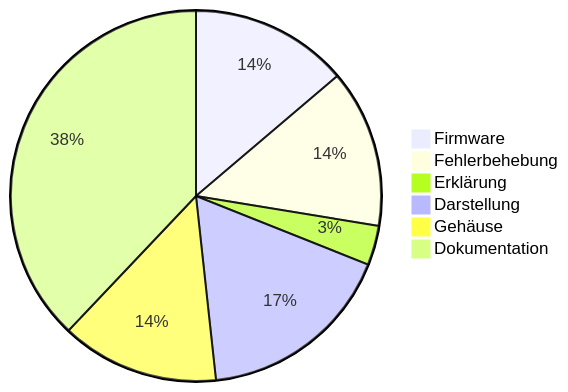
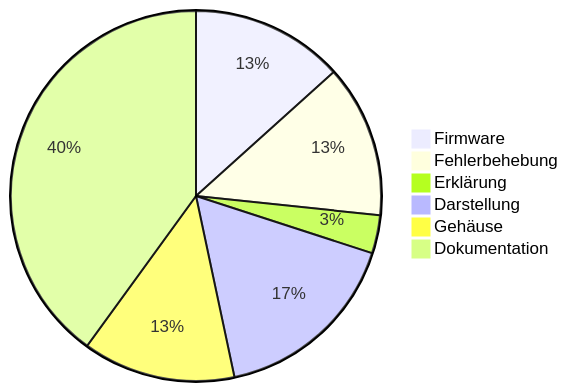
Before and after one commit to BBZ-AIFS51/LF7-Projekt_GAS: the third of 3 diagrams in wiki/Entwicklungsverlauf.md, drawn with Mermaid. The commit also changed other lines of this file and 7 other files, not shown here.

````diff
--- a/wiki/Entwicklungsverlauf.md
+++ b/wiki/Entwicklungsverlauf.md
@@ -153,9 +156,9 @@
 ```mermaid
 pie
     "Firmware" : 4
     "Fehlerbehebung" : 4
     "Erklärung" : 1
     "Darstellung" : 5
     "Gehäuse" : 4
-    "Dokumentation" : 11
+    "Dokumentation" : 12
 ```
````
